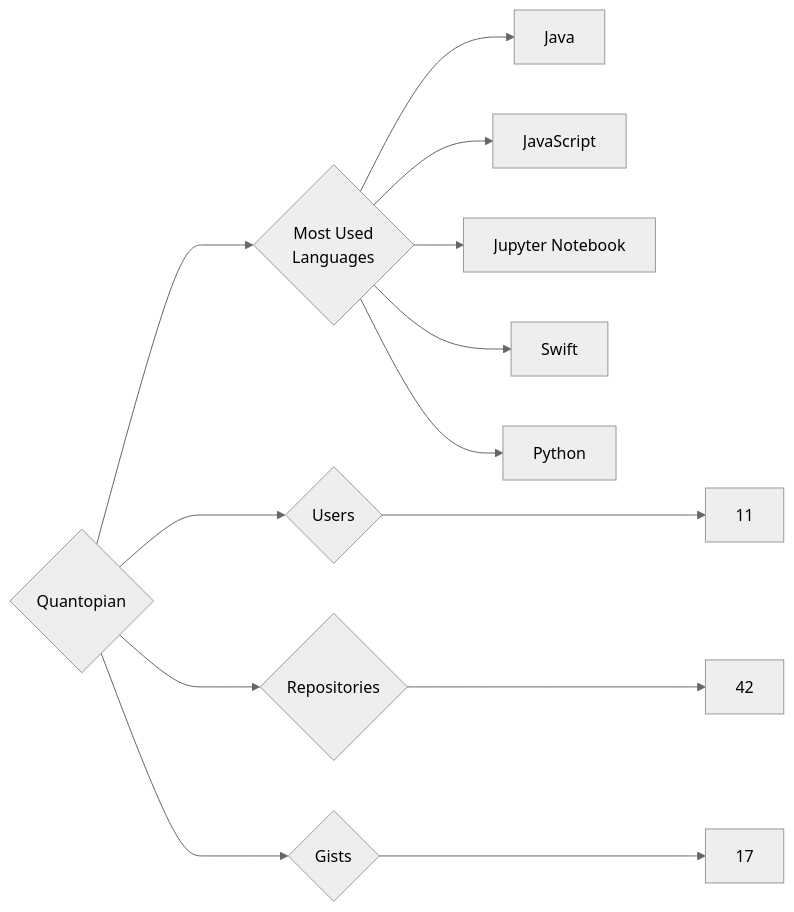
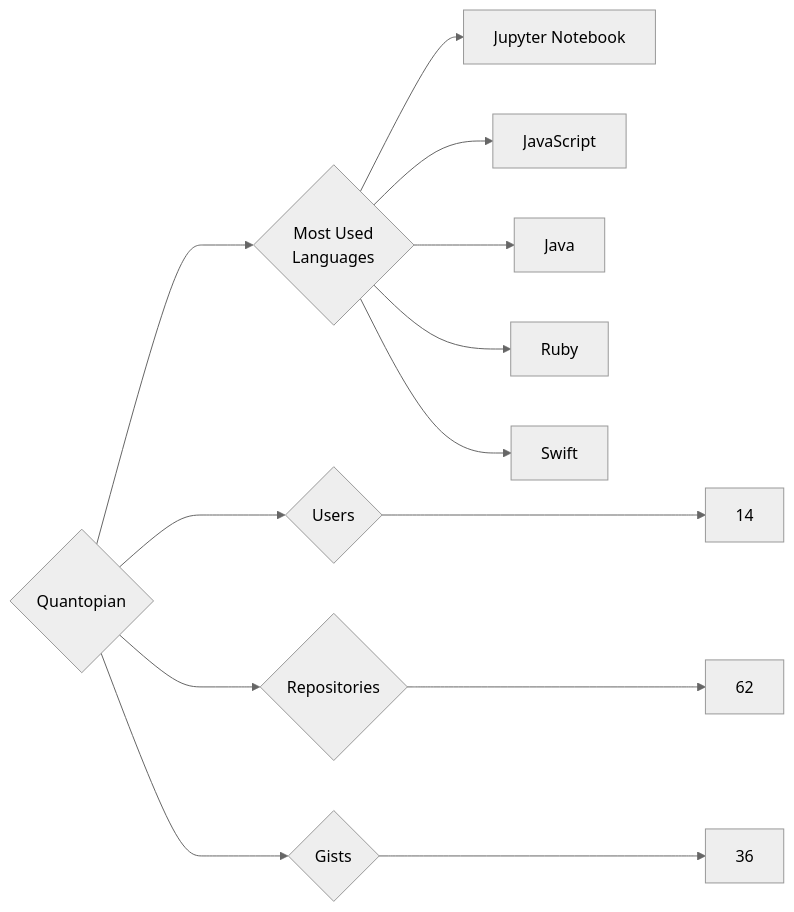
One commit to trickest/insiders changed the diagram in targets/Quantopian/README.md. Above: the diagram before and after it, drawn with Mermaid (neutral theme). The commit also changed 1389 other files, not shown here.

````diff
--- a/targets/Quantopian/README.md
+++ b/targets/Quantopian/README.md
@@ -3,13 +3,13 @@
 ```mermaid
 graph LR
 COMPANY_NAME{Quantopian}
-COMPANY_NAME ---> U{Users} ---> UN[11]
-COMPANY_NAME ---> R{Repositories} ---> RN[42]
-COMPANY_NAME ---> G{Gists} ---> GN[17]
+COMPANY_NAME ---> U{Users} ---> UN[14]
+COMPANY_NAME ---> R{Repositories} ---> RN[62]
+COMPANY_NAME ---> G{Gists} ---> GN[36]
 COMPANY_NAME ---> ML{Most Used<br>Languages}
+ML --> Jupyter_Notebook[Jupyter Notebook]
+ML --> JavaScript[JavaScript]
 ML --> Java[Java]
-ML --> JavaScript[JavaScript]
-ML --> Jupyter_Notebook[Jupyter Notebook]
+ML --> Ruby[Ruby]
 ML --> Swift[Swift]
-ML --> Python[Python]
 ```
````
